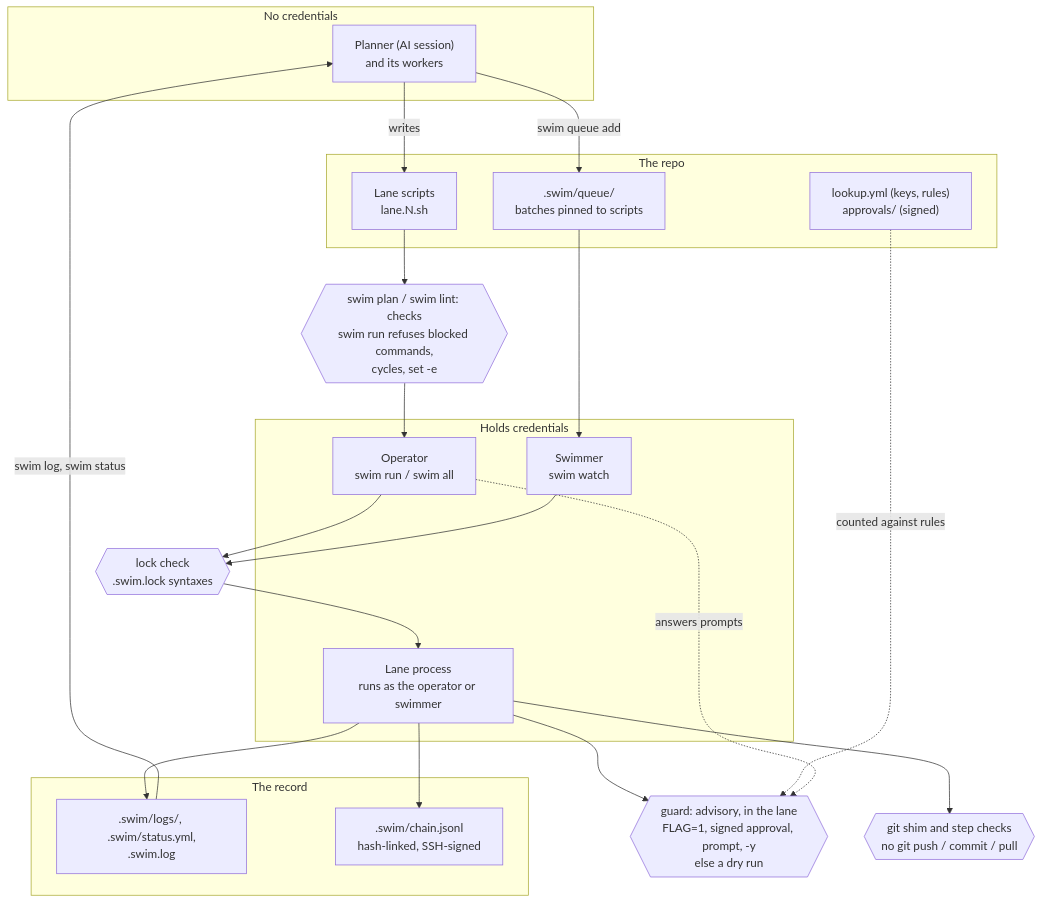
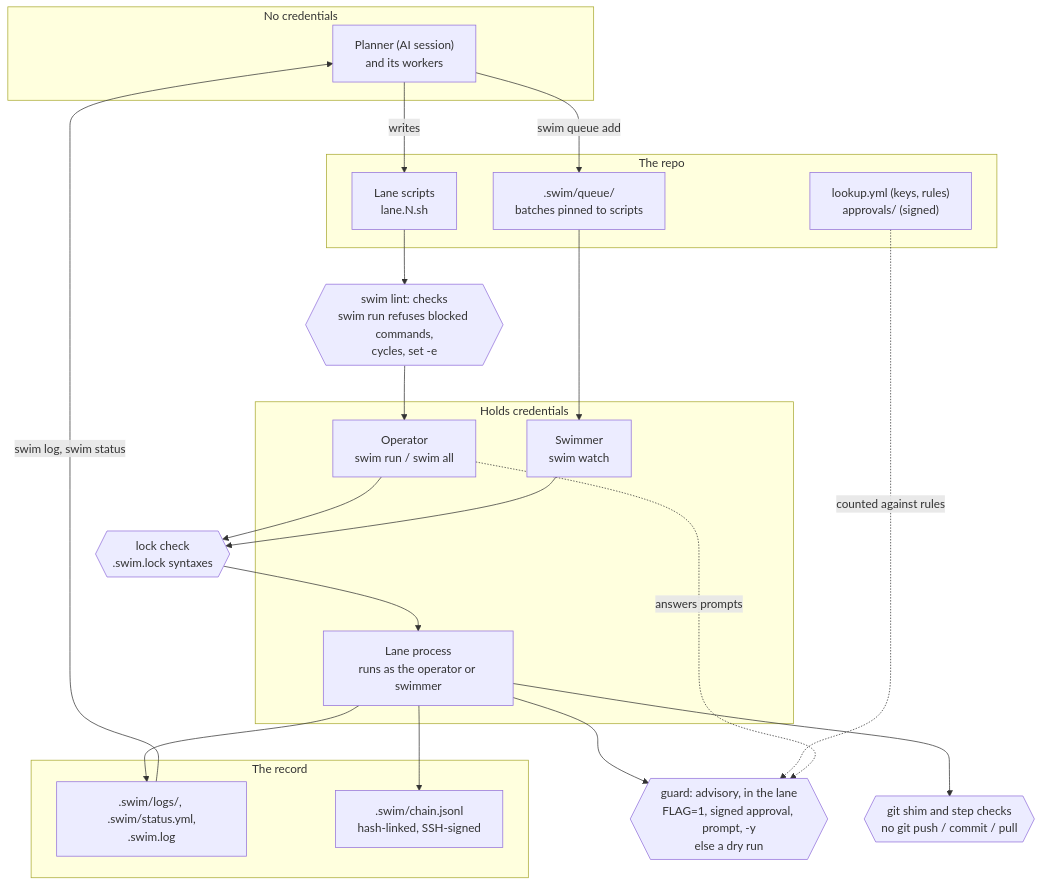
Before and after one commit to gates-brightly/swimlane: the diagram in README.md, drawn with Mermaid. The commit also changed other lines of this file and 48 other files, not shown here.

````diff
--- a/README.md
+++ b/README.md
@@ -212,36 +212,36 @@
 ```mermaid
 flowchart TD
   subgraph nocreds["No credentials"]
     P["Planner (AI session)<br/>and its workers"]
   end
   subgraph repo["The repo"]
     L["Lane scripts<br/>lane.N.sh"]
     K["lookup.yml (keys, rules)<br/>approvals/ (signed)"]
     Q[".swim/queue/<br/>batches pinned to scripts"]
   end
   subgraph creds["Holds credentials"]
     O["Operator<br/>swim run / swim all"]
     W["Swimmer<br/>swim watch"]
     X["Lane process<br/>runs as the operator or swimmer"]
   end
   subgraph record["The record"]
     S[".swim/logs/, .swim/status.yml,<br/>.swim.log"]
     C[".swim/chain.jsonl<br/>hash-linked, SSH-signed"]
   end
 
   P -->|writes| L
   P -->|swim queue add| Q
-  L --> PL{{"swim plan / swim lint: checks<br/>swim run refuses blocked commands,<br/>cycles, set -e"}}
+  L --> PL{{"swim lint: checks<br/>swim run refuses blocked commands,<br/>cycles, set -e"}}
   PL --> O
   Q --> W
   O --> LK{{"lock check<br/>.swim.lock syntaxes"}}
   W --> LK
   LK --> X
   X --> G{{"guard: advisory, in the lane<br/>FLAG=1, signed approval, prompt, -y<br/>else a dry run"}}
   K -.->|counted against rules| G
   O -.->|answers prompts| G
   X --> SH{{"git shim and step checks<br/>no git push / commit / pull"}}
   X --> S
   X --> C
   S -->|swim log, swim status| P
 ```
````
